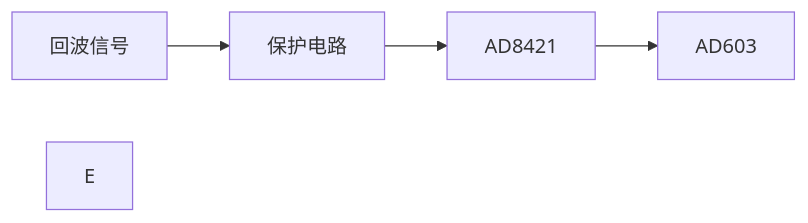
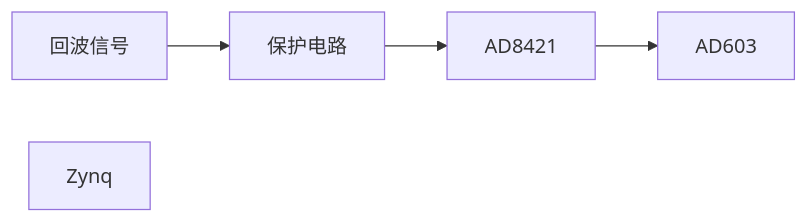
Before and after one commit to Rukawa15/iodraw-files: the diagram in all/多通道同步采集-1.md, drawn with Mermaid.

Commit message:
2025-06-18 23:20:34 update

````diff
--- a/all/多通道同步采集-1.md
+++ b/all/多通道同步采集-1.md
@@ -1,6 +1,6 @@
 ```mermaid
 graph LR
 A[回波信号] --> B[保护电路]
 B --> C[AD8421] -->D[AD603]
-E
+E[Zynq ]
 ```
````
